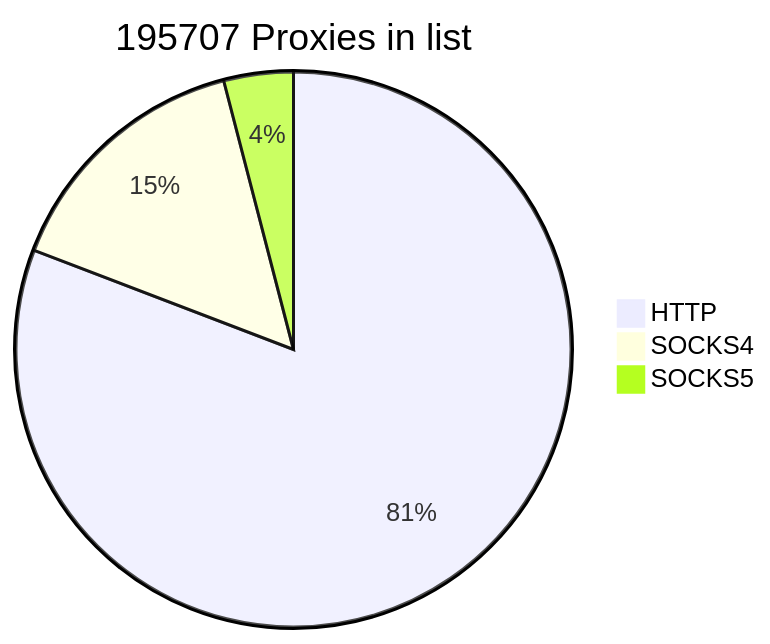
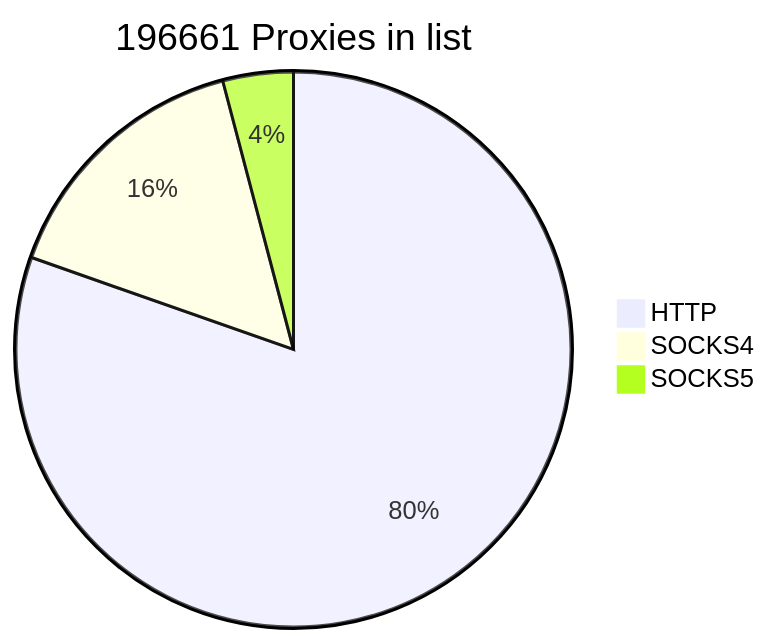
Before and after one commit to cutipu/proxylist: the first of 2 diagrams in README.md, drawn with Mermaid. The commit also changed other lines of this file, not shown here.

````diff
--- a/README.md
+++ b/README.md
@@ -2,7 +2,7 @@
 ```mermaid
-pie title 195707 Proxies in list
-    "HTTP" : 158157
-    "SOCKS4" : 29636
-    "SOCKS5" : 7914
+pie title 196661 Proxies in list
+    "HTTP" : 158071
+    "SOCKS4" : 30529
+    "SOCKS5" : 8061
             
 ```
````
